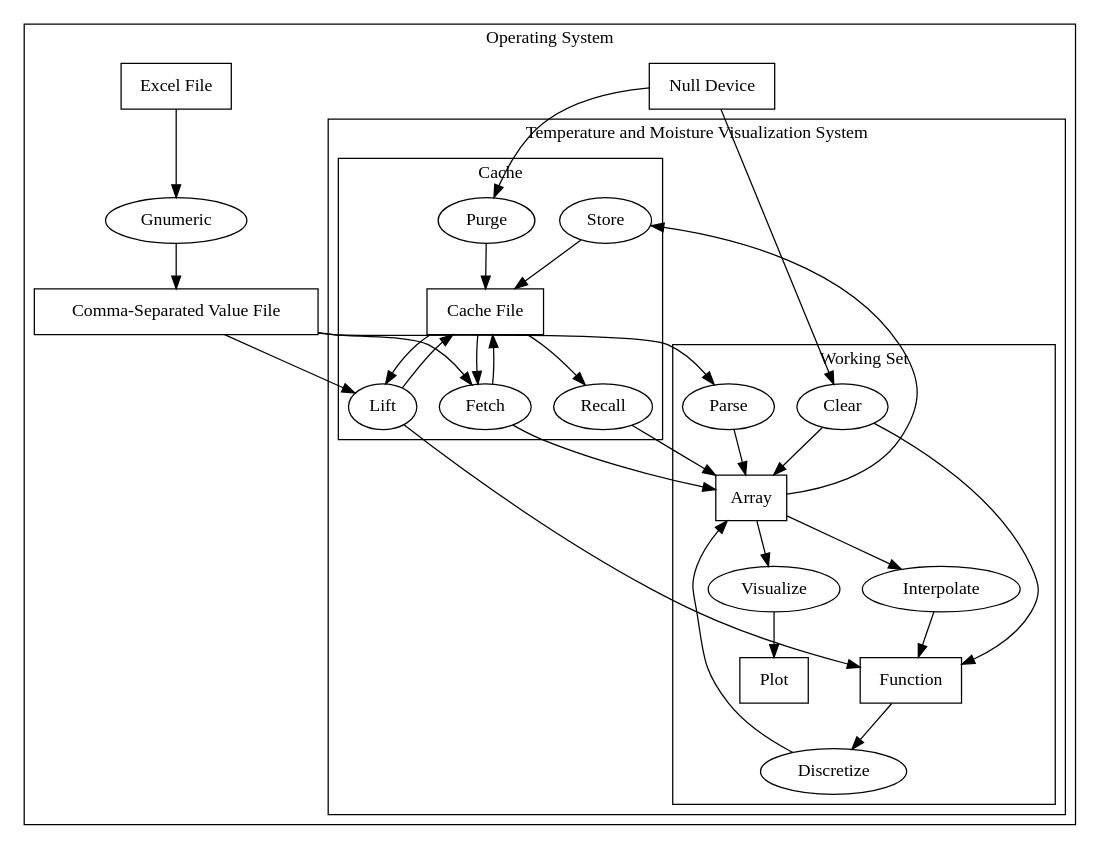
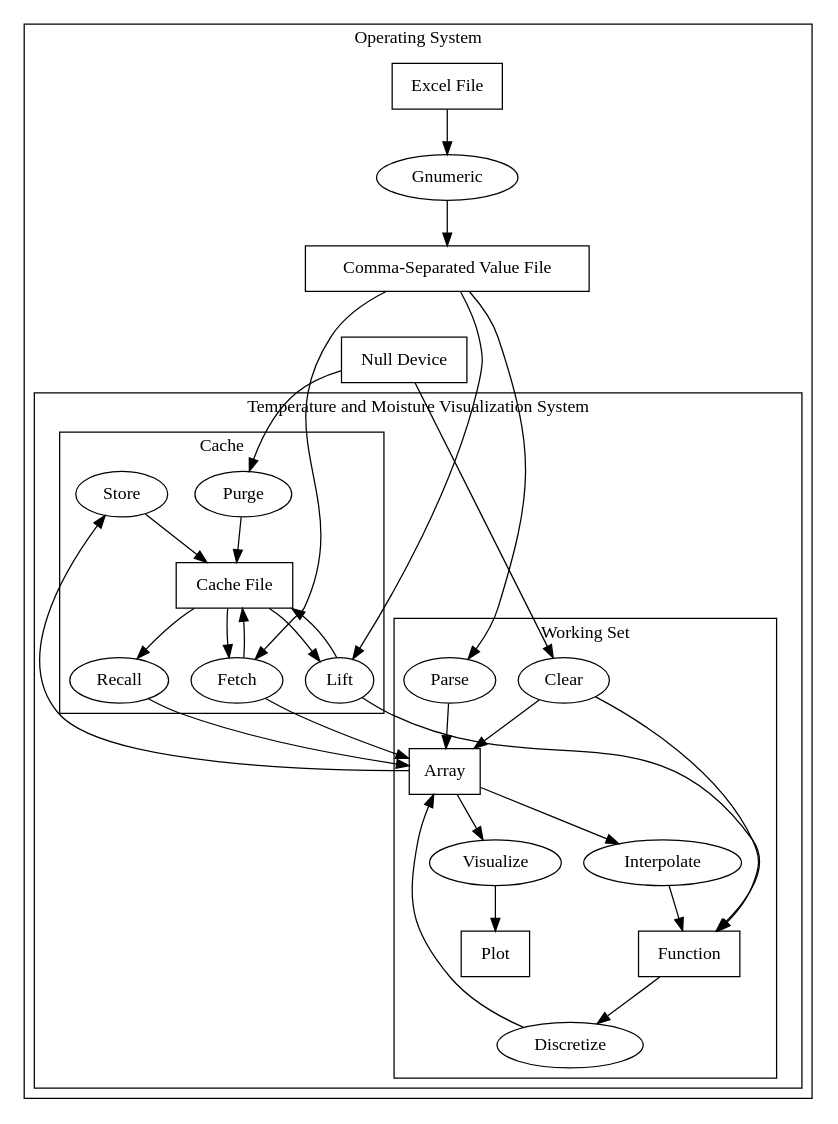
Before and after one commit to Tuplanolla/tmvs: the diagram in data-flow.dot, drawn with Graphviz. The commit also changed 1 other file, not shown here.

```diff
--- a/data-flow.dot
+++ b/data-flow.dot
@@ -1,63 +1,65 @@
-digraph tmvs {
+digraph {
   subgraph cluster_cace {
     label = "Operating System"
 
     node [shape = box]
     null [label = "Null Device"]
     xls [label = "Excel File"]
     csv [label = "Comma-Separated Value File"]
 
     node [shape = oval]
     gnumeric [label = "Gnumeric"]
 
     subgraph cluster_tmvs {
       label = "Temperature and Moisture Visualization System"
 
       subgraph cluster_ws {
         label = "Working Set"
 
         node [shape = box]
         array [label = "Array"]
         function [label = "Function"]
         plot [label = "Plot"]
 
         node [shape = oval]
         parse [label = "Parse"]
         interpolate [label = "Interpolate"]
         discretize [label = "Discretize"]
         visualize [label = "Visualize"]
         clear [label = "Clear"]
       }
 
       subgraph cluster_cache {
         label = "Cache"
 
         node [shape = box]
         cache [label = "Cache File"]
 
         node [shape = oval]
         fetch [label = "Fetch"]
         lift [label = "Lift"]
         store [label = "Store"]
         recall [label = "Recall"]
         purge [label = "Purge"]
       }
     }
   }
 
   xls -> gnumeric -> csv
   csv -> parse -> array
   array -> interpolate -> function
   function -> discretize -> array
   array -> visualize -> plot
   null -> clear
   clear -> array
   clear -> function
   csv -> fetch -> array
   cache -> fetch -> cache
   csv -> lift -> function
   cache -> lift -> cache
   array -> store -> cache
   cache -> recall -> array
   null -> purge -> cache
+
+  csv -> null [style = invis]
 }
```
